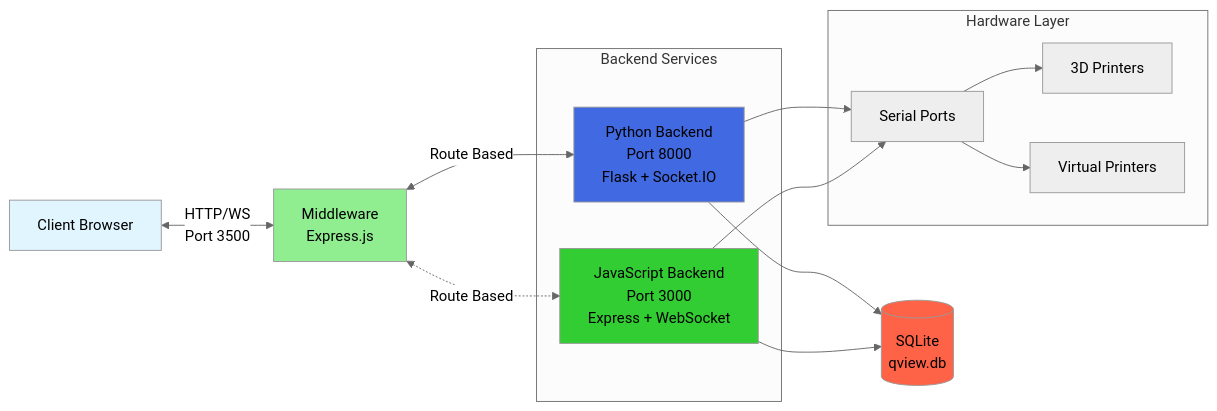
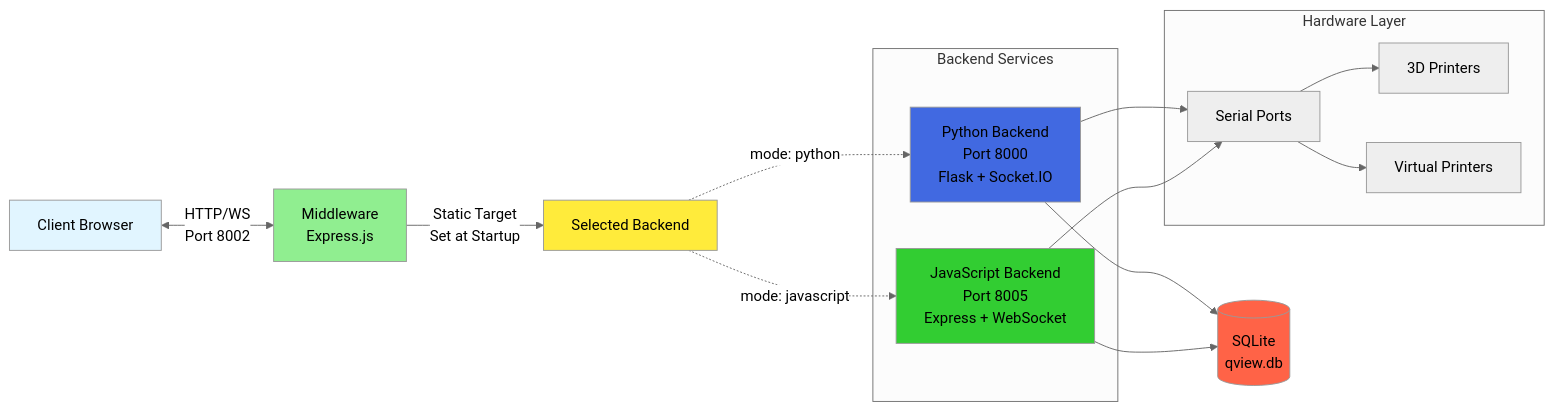
One commit to sunyhydralab/QView3D changed the first of 2 diagrams in middleware/README.md. Above: the diagram before and after it, drawn with Mermaid (neutral theme). The commit also changed other lines of this file and 4 other files, not shown here.

Commit message:
docs: update documentation to reflect middleware architecture changes

````diff
--- a/middleware/README.md
+++ b/middleware/README.md
@@ -21,32 +24,34 @@
 ```mermaid
 flowchart LR
-    Client[Client Browser] <-->|HTTP/WS<br/>Port 3500| MW[Middleware<br/>Express.js]
+    Client[Client Browser] <-->|HTTP/WS<br/>Port 8002| MW[Middleware<br/>Express.js]
 
     subgraph Backends[Backend Services]
         Python[Python Backend<br/>Port 8000<br/>Flask + Socket.IO]
-        JS[JavaScript Backend<br/>Port 3000<br/>Express + WebSocket]
+        JS[JavaScript Backend<br/>Port 8005<br/>Express + WebSocket]
     end
 
-    MW <-->|Route Based| Python
-    MW <-.->|Route Based| JS
+    MW -->|Static Target<br/>Set at Startup| Selected[Selected Backend]
+    Selected -.->|mode: python| Python
+    Selected -.->|mode: javascript| JS
 
     Python --> DB[(SQLite<br/>qview.db)]
     JS --> DB
 
     subgraph Hardware[Hardware Layer]
         Serial[Serial Ports]
         Printers[3D Printers]
         Emulators[Virtual Printers]
     end
 
     Python --> Serial
     JS --> Serial
     Serial --> Printers
     Serial --> Emulators
 
     style Client fill:#e1f5ff
     style MW fill:#90ee90
+    style Selected fill:#ffeb3b
     style Python fill:#4169e1
     style JS fill:#32cd32
     style DB fill:#ff6347
 ```
````
